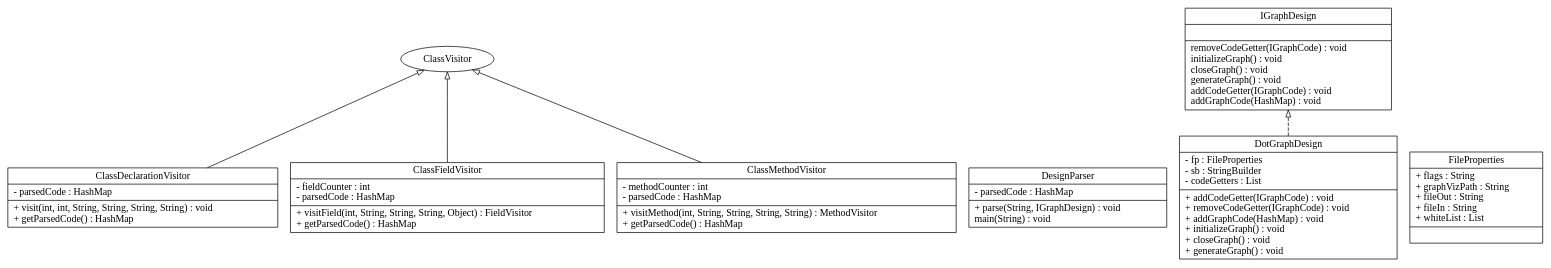
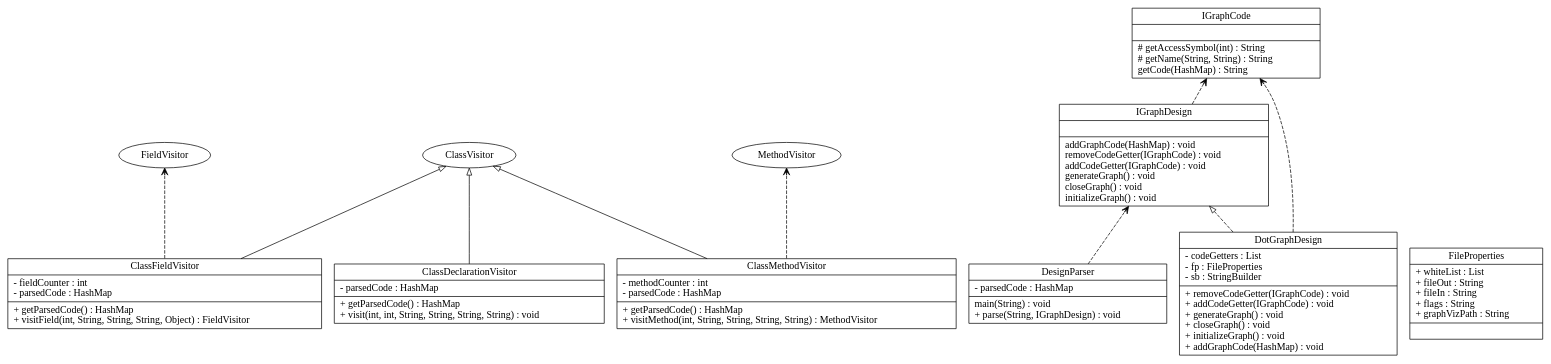
The diagram in input_output/374Project.gv (JGSquared/374Project), drawn with Graphviz before and after one commit. The commit also changed 6 other files, not shown here.

```diff
--- a/input_output/374Project.gv
+++ b/input_output/374Project.gv
@@ -1,24 +1,27 @@
 digraph G{
 rankdir=BT;
 ClassDeclarationVisitor [
 shape="record",
-label = "{ClassDeclarationVisitor|- parsedCode : HashMap\l|+ visit(int, int, String, String, String, String) : void\l+ getParsedCode() : HashMap\l}"
+label = "{ClassDeclarationVisitor|- parsedCode : HashMap\l|+ getParsedCode() : HashMap\l+ visit(int, int, String, String, String, String) : void\l}"
 ];ClassDeclarationVisitor -> ClassVisitor [arrowhead="onormal", style="solid"];ClassFieldVisitor [
 shape="record",
-label = "{ClassFieldVisitor|- fieldCounter : int\l- parsedCode : HashMap\l|+ visitField(int, String, String, String, Object) : FieldVisitor\l+ getParsedCode() : HashMap\l}"
-];ClassFieldVisitor -> ClassVisitor [arrowhead="onormal", style="solid"];ClassMethodVisitor [
+label = "{ClassFieldVisitor|- fieldCounter : int\l- parsedCode : HashMap\l|+ getParsedCode() : HashMap\l+ visitField(int, String, String, String, Object) : FieldVisitor\l}"
+];ClassFieldVisitor -> ClassVisitor [arrowhead="onormal", style="solid"];ClassFieldVisitor -> FieldVisitor [arrowhead="open", style="dashed"];ClassMethodVisitor [
 shape="record",
-label = "{ClassMethodVisitor|- methodCounter : int\l- parsedCode : HashMap\l|+ visitMethod(int, String, String, String, String) : MethodVisitor\l+ getParsedCode() : HashMap\l}"
-];ClassMethodVisitor -> ClassVisitor [arrowhead="onormal", style="solid"];DesignParser [
+label = "{ClassMethodVisitor|- methodCounter : int\l- parsedCode : HashMap\l|+ getParsedCode() : HashMap\l+ visitMethod(int, String, String, String, String) : MethodVisitor\l}"
+];ClassMethodVisitor -> ClassVisitor [arrowhead="onormal", style="solid"];ClassMethodVisitor -> MethodVisitor [arrowhead="open", style="dashed"];DesignParser [
 shape="record",
-label = "{DesignParser|- parsedCode : HashMap\l|+ parse(String, IGraphDesign) : void\l main(String) : void\l}"
-];DotGraphDesign [
+label = "{DesignParser|- parsedCode : HashMap\l| main(String) : void\l+ parse(String, IGraphDesign) : void\l}"
+];DesignParser -> IGraphDesign [arrowhead="open", style="dashed"];DotGraphDesign [
 shape="record",
-label = "{DotGraphDesign|- fp : FileProperties\l- sb : StringBuilder\l- codeGetters : List\l|+ addCodeGetter(IGraphCode) : void\l+ removeCodeGetter(IGraphCode) : void\l+ addGraphCode(HashMap) : void\l+ initializeGraph() : void\l+ closeGraph() : void\l+ generateGraph() : void\l}"
-];DotGraphDesign -> IGraphDesign [arrowhead="onormal", style="dashed"];FileProperties [
+label = "{DotGraphDesign|- codeGetters : List\l- fp : FileProperties\l- sb : StringBuilder\l|+ removeCodeGetter(IGraphCode) : void\l+ addCodeGetter(IGraphCode) : void\l+ generateGraph() : void\l+ closeGraph() : void\l+ initializeGraph() : void\l+ addGraphCode(HashMap) : void\l}"
+];DotGraphDesign -> IGraphDesign [arrowhead="onormal", style="dashed"];DotGraphDesign -> IGraphCode [arrowhead="open", style="dashed"];FileProperties [
 shape="record",
-label = "{FileProperties|+ flags : String\l+ graphVizPath : String\l+ fileOut : String\l+ fileIn : String\l+ whiteList : List\l|}"
+label = "{FileProperties|+ whiteList : List\l+ fileOut : String\l+ fileIn : String\l+ flags : String\l+ graphVizPath : String\l|}"
 ];IGraphDesign [
 shape="record",
-label = "{IGraphDesign|| removeCodeGetter(IGraphCode) : void\l initializeGraph() : void\l closeGraph() : void\l generateGraph() : void\l addCodeGetter(IGraphCode) : void\l addGraphCode(HashMap) : void\l}"
+label = "{IGraphDesign|| addGraphCode(HashMap) : void\l removeCodeGetter(IGraphCode) : void\l addCodeGetter(IGraphCode) : void\l generateGraph() : void\l closeGraph() : void\l initializeGraph() : void\l}"
+];IGraphDesign -> IGraphCode [arrowhead="open", style="dashed"];IGraphCode [
+shape="record",
+label = "{IGraphCode||# getAccessSymbol(int) : String\l# getName(String, String) : String\l getCode(HashMap) : String\l}"
 ];}
```
